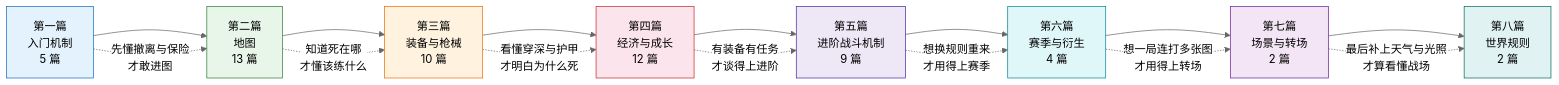
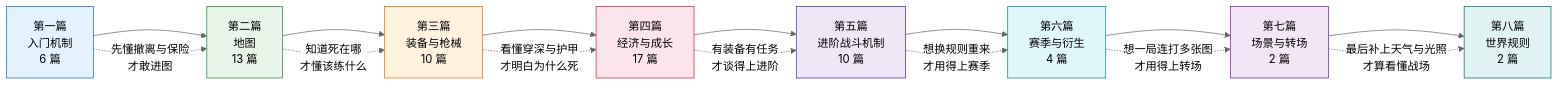
Before and after one commit to GTX950L/tarkov-encyclopedia: the diagram in content/README.md, drawn with Mermaid (neutral theme). The commit also changed other lines of this file and 73 other files, not shown here.

````diff
--- a/content/README.md
+++ b/content/README.md
@@ -16,27 +16,27 @@
 ```mermaid
 flowchart LR
-    A[第一篇<br/>入门机制<br/>5 篇] --> B[第二篇<br/>地图<br/>13 篇]
+    A[第一篇<br/>入门机制<br/>6 篇] --> B[第二篇<br/>地图<br/>13 篇]
     B --> C[第三篇<br/>装备与枪械<br/>10 篇]
-    C --> D[第四篇<br/>经济与成长<br/>12 篇]
-    D --> E[第五篇<br/>进阶战斗机制<br/>9 篇]
+    C --> D[第四篇<br/>经济与成长<br/>17 篇]
+    D --> E[第五篇<br/>进阶战斗机制<br/>10 篇]
     E --> F[第六篇<br/>赛季与衍生<br/>4 篇]
     F --> G[第七篇<br/>场景与转场<br/>2 篇]
     G --> H[第八篇<br/>世界规则<br/>2 篇]
 
     A -. 先懂撤离与保险<br/>才敢进图 .-> B
     B -. 知道死在哪<br/>才懂该练什么 .-> C
     C -. 看懂穿深与护甲<br/>才明白为什么死 .-> D
     D -. 有装备有任务<br/>才谈得上进阶 .-> E
     E -. 想换规则重来<br/>才用得上赛季 .-> F
     F -. 想一局连打多张图<br/>才用得上转场 .-> G
     G -. 最后补上天气与光照<br/>才算看懂战场 .-> H
 
     style A fill:#e3f2fd,stroke:#1565c0
     style B fill:#e8f5e9,stroke:#2e7d32
     style C fill:#fff3e0,stroke:#ef6c00
     style D fill:#fce4ec,stroke:#c62828
     style E fill:#ede7f6,stroke:#4527a0
     style F fill:#e0f7fa,stroke:#00838f
     style G fill:#f3e5f5,stroke:#6a1b9a
     style H fill:#e0f2f1,stroke:#00695c
 ```
````
